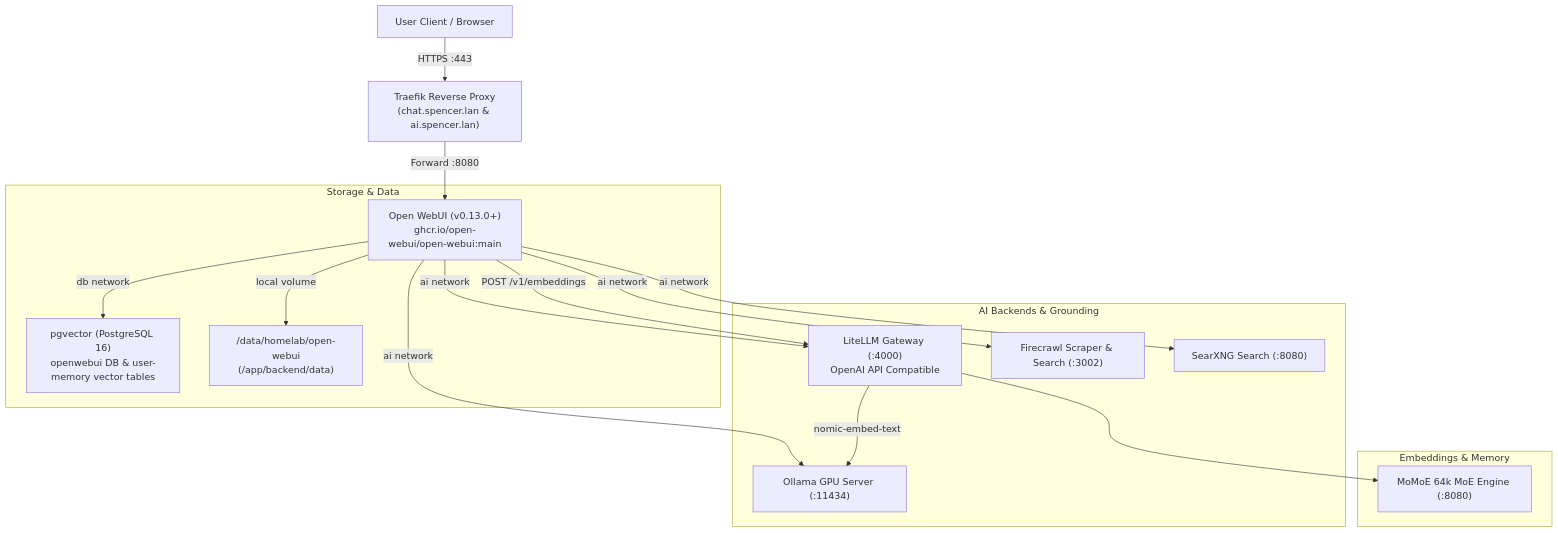
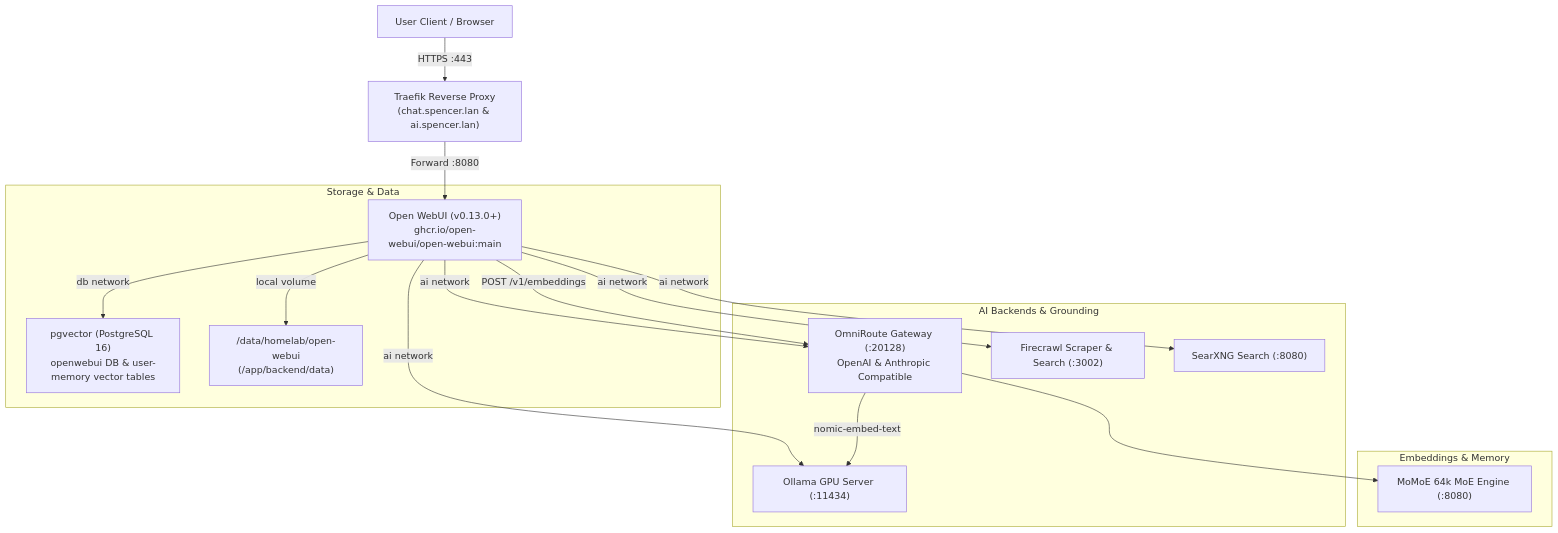
Before and after one commit to jamesbspencer/homelab: the diagram in docs/open-webui.md, drawn with Mermaid. The commit also changed other lines of this file and 25 other files, not shown here.

````diff
--- a/docs/open-webui.md
+++ b/docs/open-webui.md
@@ -30,23 +30,23 @@
 ```mermaid
 graph TD
     User["User Client / Browser"] -->|HTTPS :443| Traefik["Traefik Reverse Proxy<br/>(chat.spencer.lan & ai.spencer.lan)"]
     Traefik -->|Forward :8080| OWUI["Open WebUI (v0.13.0+)<br/>ghcr.io/open-webui/open-webui:main"]
 
     subgraph Storage & Data
         OWUI -->|db network| PG["pgvector (PostgreSQL 16)<br/>openwebui DB & user-memory vector tables"]
         OWUI -->|local volume| Disk["/data/homelab/open-webui<br/>(/app/backend/data)"]
     end
 
     subgraph AI Backends & Grounding
-        OWUI -->|ai network| LiteLLM["LiteLLM Gateway (:4000)<br/>OpenAI API Compatible"]
+        OWUI -->|ai network| OmniRoute["OmniRoute Gateway (:20128)<br/>OpenAI & Anthropic Compatible"]
         OWUI -->|ai network| Ollama["Ollama GPU Server (:11434)"]
         OWUI -->|ai network| Firecrawl["Firecrawl Scraper & Search (:3002)"]
         OWUI -->|ai network| SearXNG["SearXNG Search (:8080)"]
     end
 
     subgraph Embeddings & Memory
-        OWUI -->|POST /v1/embeddings| LiteLLM
-        LiteLLM -->|nomic-embed-text| Ollama
-        LiteLLM --> MoMoE["MoMoE 64k MoE Engine (:8080)"]
+        OWUI -->|POST /v1/embeddings| OmniRoute
+        OmniRoute -->|nomic-embed-text| Ollama
+        OmniRoute --> MoMoE["MoMoE 64k MoE Engine (:8080)"]
     end
 ```
````
